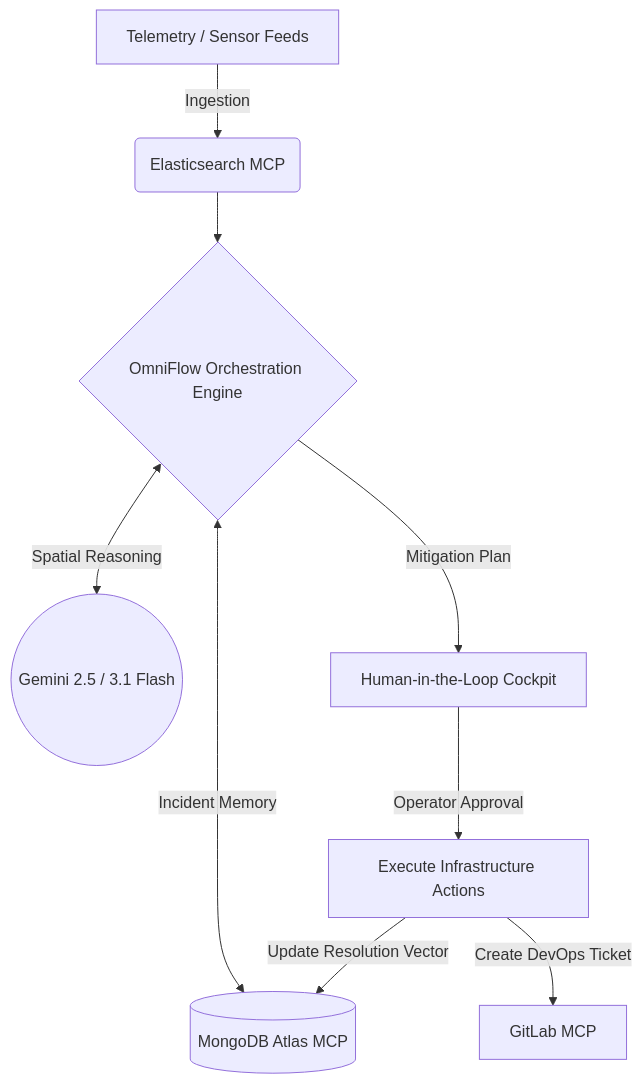
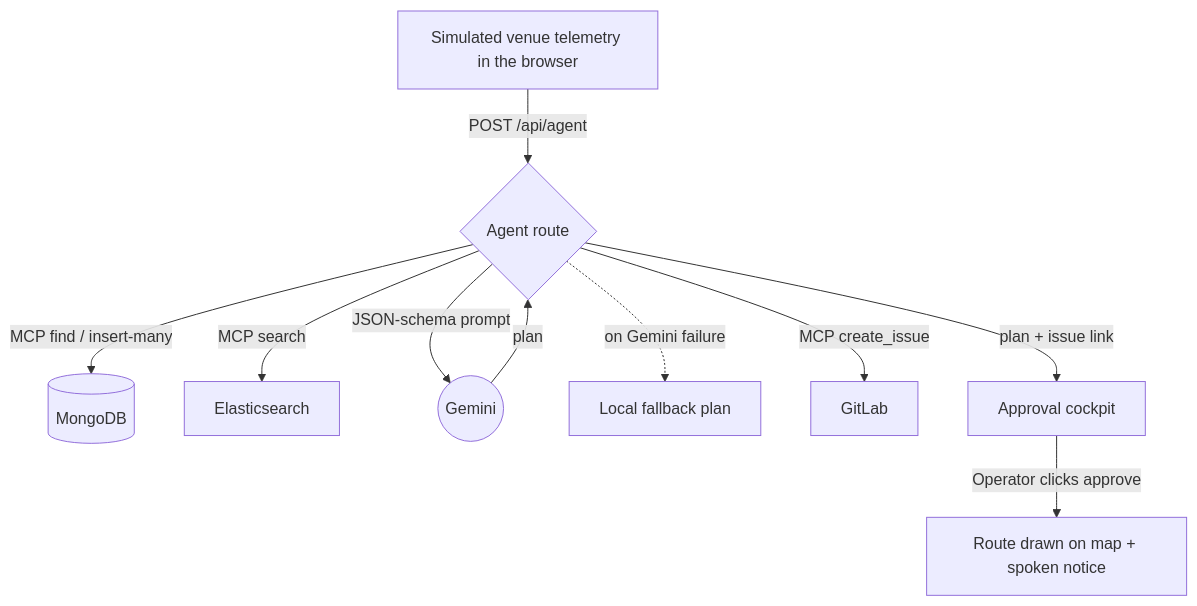
One commit to HamzaKhanBUIC/omniflow-ai changed the diagram in README.md. Above: the diagram before and after it, drawn with Mermaid. The commit also changed other lines of this file and 1 other file, not shown here.

Commit message:
docs: honest README — OmniFlow AI (#2)

````diff
--- a/README.md
+++ b/README.md
@@ -26,11 +12,12 @@
 ```mermaid
 graph TD
-    A[Telemetry / Sensor Feeds] -->|Ingestion| B(Elasticsearch MCP)
-    B --> C{OmniFlow Orchestration Engine}
-    C <-->|Spatial Reasoning| D((Gemini 2.5 / 3.1 Flash))
-    C <-->|Incident Memory| E[(MongoDB Atlas MCP)]
-    C -->|Mitigation Plan| F[Human-in-the-Loop Cockpit]
-    F -->|Operator Approval| G[Execute Infrastructure Actions]
-    G -->|Create DevOps Ticket| H[GitLab MCP]
-    G -->|Update Resolution Vector| E
+    A[Simulated venue telemetry in the browser] -->|POST /api/agent| B{Agent route}
+    B -->|MCP find / insert-many| C[(MongoDB)]
+    B -->|MCP search| D[Elasticsearch]
+    B -->|JSON-schema prompt| E((Gemini))
+    E -->|plan| B
+    B -.->|on Gemini failure| F[Local fallback plan]
+    B -->|MCP create_issue| G[GitLab]
+    B -->|plan + issue link| H[Approval cockpit]
+    H -->|Operator clicks approve| I[Route drawn on map + spoken notice]
 ```
````
